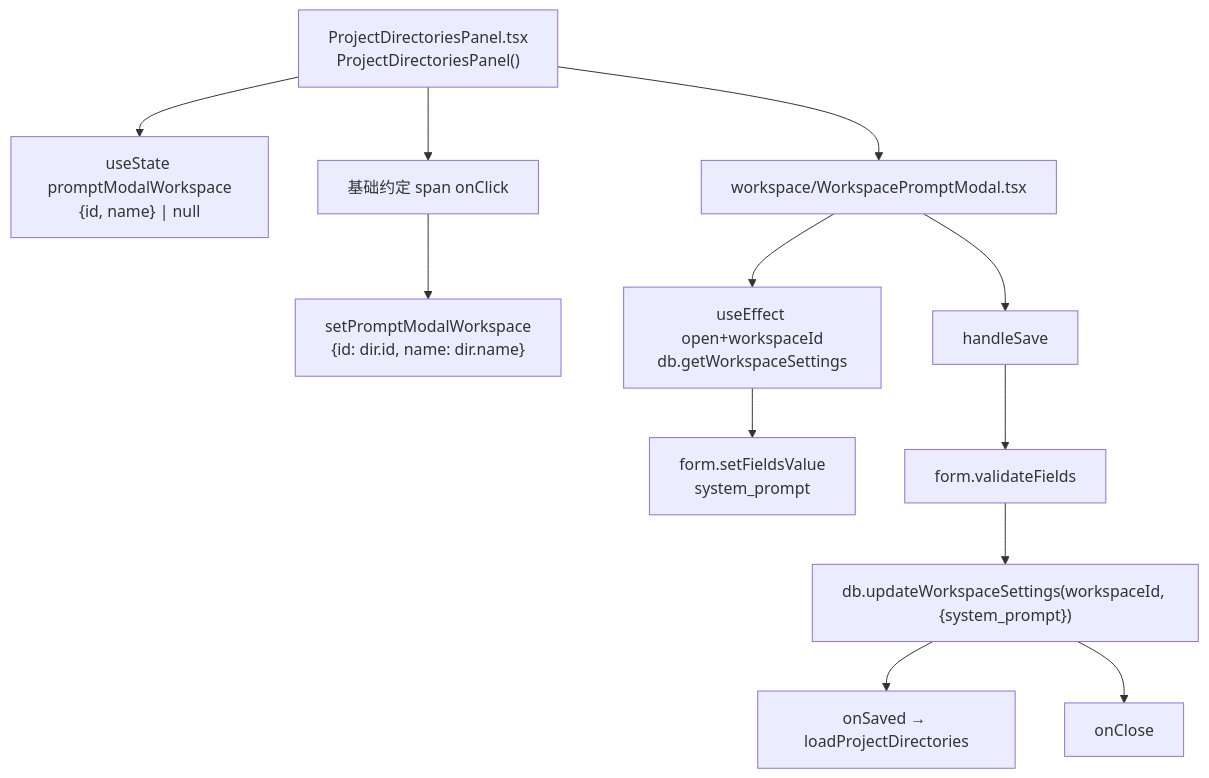
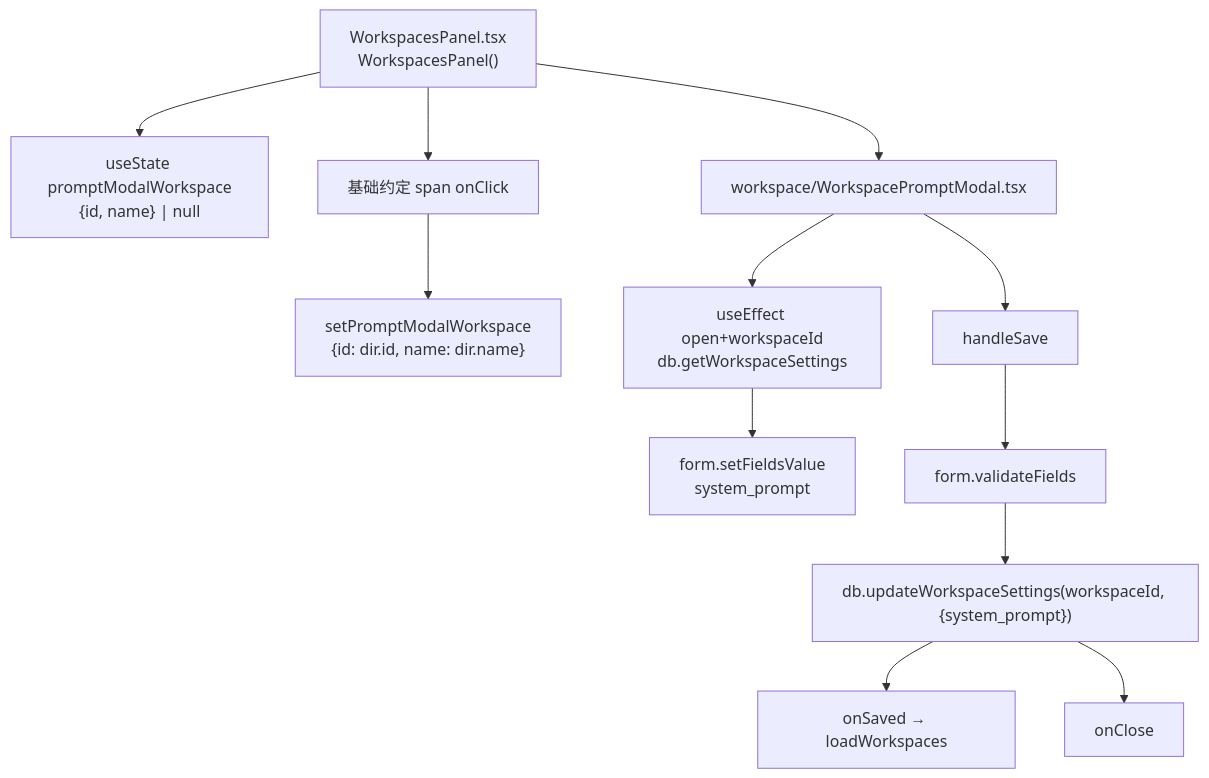
Before and after one commit to weibaohui/ntd: the second of 4 diagrams in frontend/src/help/pages/ws-prompt-modal.md, drawn with Mermaid. The commit also changed other lines of this file and 122 other files, not shown here.

First line of the commit message:
refactor(104): 工作空间命名统一——project_directory 全套改为 workspace (#1054)

````diff
--- a/frontend/src/help/pages/ws-prompt-modal.md
+++ b/frontend/src/help/pages/ws-prompt-modal.md
@@ -19,14 +19,14 @@
 ```mermaid
 flowchart TD
-  Panel["ProjectDirectoriesPanel.tsx<br>ProjectDirectoriesPanel()"] --> promptModalWorkspaceState["useState promptModalWorkspace<br>{id, name} | null"]
+  Panel["WorkspacesPanel.tsx<br>WorkspacesPanel()"] --> promptModalWorkspaceState["useState promptModalWorkspace<br>{id, name} | null"]
   Panel --> ClickLabel["基础约定 span onClick"]
   ClickLabel --> setPromptModalWorkspace["setPromptModalWorkspace<br>{id: dir.id, name: dir.name}"]
   Panel --> WorkspacePromptModal["workspace/WorkspacePromptModal.tsx"]
   WorkspacePromptModal --> useEffectOpen["useEffect open+workspaceId<br>db.getWorkspaceSettings"]
   useEffectOpen --> formSet["form.setFieldsValue<br>system_prompt"]
   WorkspacePromptModal --> handleSave["handleSave"]
   handleSave --> formValidate["form.validateFields"]
   formValidate --> db1["db.updateWorkspaceSettings(workspaceId, {system_prompt})"]
-  db1 --> onSaved["onSaved → loadProjectDirectories"]
+  db1 --> onSaved["onSaved → loadWorkspaces"]
   db1 --> onClose["onClose"]
 ```
````
